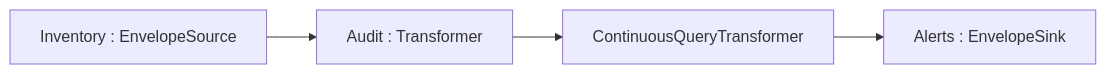
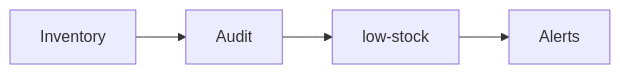
Before and after one commit to drasi-project/drasi-core: the third of 9 diagrams in lib/docs/developer-guide/README.md, drawn with Mermaid. The commit also changed other lines of this file and 9 other files, not shown here.

````diff
--- a/lib/docs/developer-guide/README.md
+++ b/lib/docs/developer-guide/README.md
@@ -751,6 +888,6 @@
 ```mermaid
 flowchart LR
-    I["Inventory : EnvelopeSource"] --> A["Audit : Transformer"]
-    A --> Q["ContinuousQueryTransformer"]
-    Q --> O["Alerts : EnvelopeSink"]
+    Inventory --> Audit
+    Audit --> LowStock["low-stock"]
+    LowStock --> Alerts
 ```
````
